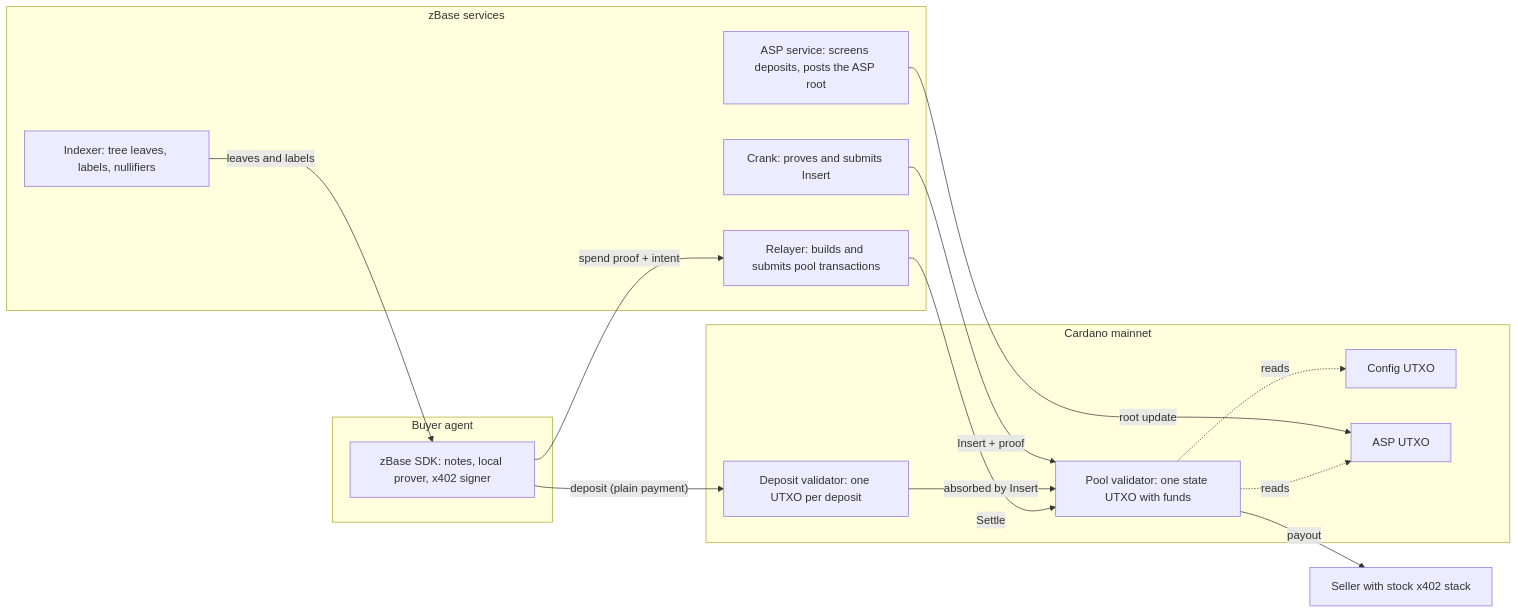
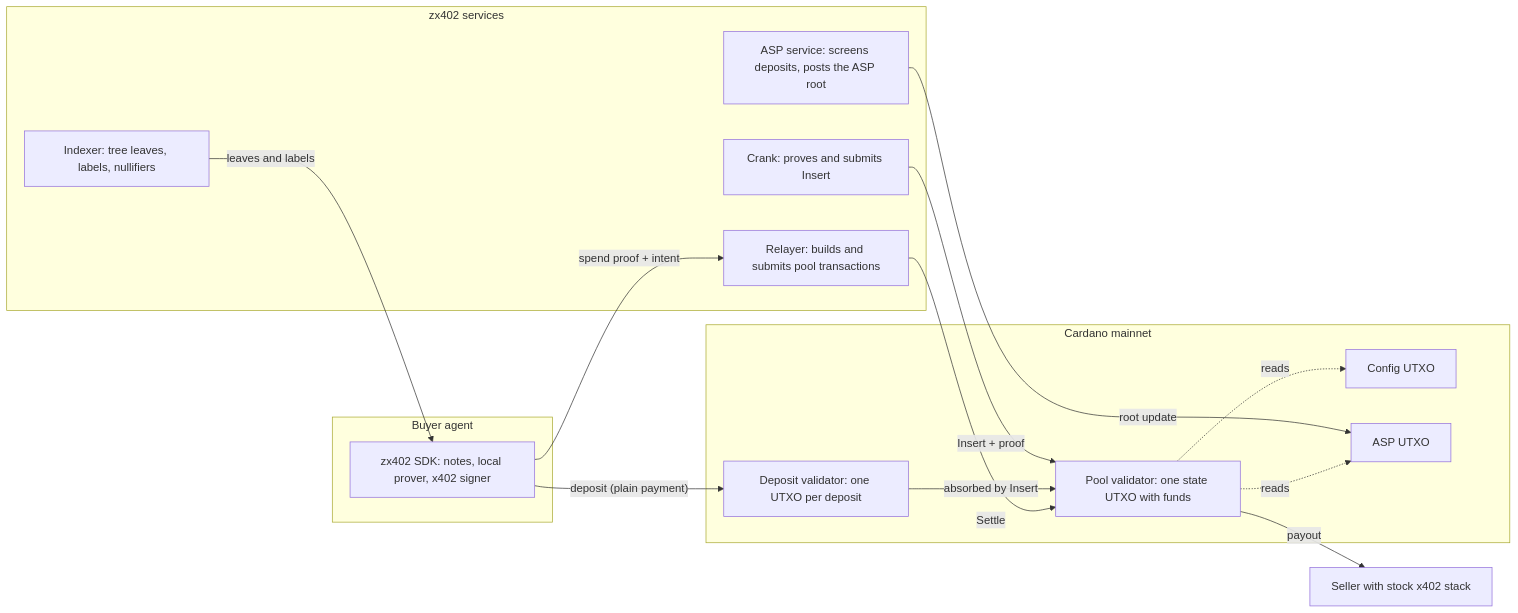
Before and after one commit to Marcussy34/zbase-cardano-mainnet: the first of 2 diagrams in docs/SPEC.md, drawn with Mermaid. The commit also changed other lines of this file and 145 other files, not shown here.

````diff
--- a/docs/SPEC.md
+++ b/docs/SPEC.md
@@ -54,29 +54,29 @@
 ```mermaid
 flowchart LR
   subgraph Agent["Buyer agent"]
-    SDK["zBase SDK: notes, local prover, x402 signer"]
+    SDK["zx402 SDK: notes, local prover, x402 signer"]
   end
-  subgraph Ops["zBase services"]
+  subgraph Ops["zx402 services"]
     REL["Relayer: builds and submits pool transactions"]
     CRK["Crank: proves and submits Insert"]
     IDX["Indexer: tree leaves, labels, nullifiers"]
     ASPS["ASP service: screens deposits, posts the ASP root"]
   end
   subgraph Chain["Cardano mainnet"]
     DEP["Deposit validator: one UTXO per deposit"]
     POOL["Pool validator: one state UTXO with funds"]
     CFG["Config UTXO"]
     ASPU["ASP UTXO"]
   end
   SELLER["Seller with stock x402 stack"]
   SDK -- "deposit (plain payment)" --> DEP
   CRK -- "Insert + proof" --> POOL
   DEP -- "absorbed by Insert" --> POOL
   SDK -- "spend proof + intent" --> REL
   REL -- "Settle" --> POOL
   POOL -- "payout" --> SELLER
   IDX -- "leaves and labels" --> SDK
   ASPS -- "root update" --> ASPU
   POOL -. "reads" .-> CFG
   POOL -. "reads" .-> ASPU
 ```
````
